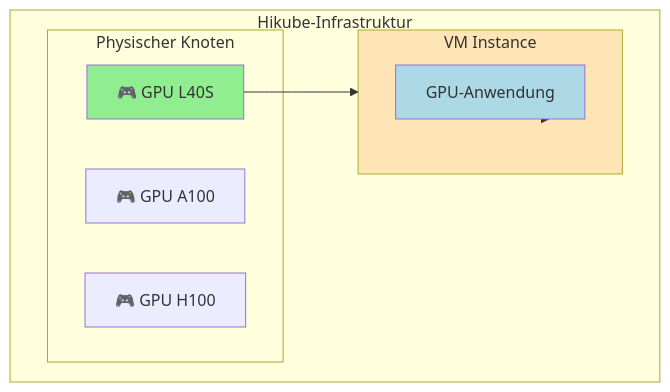
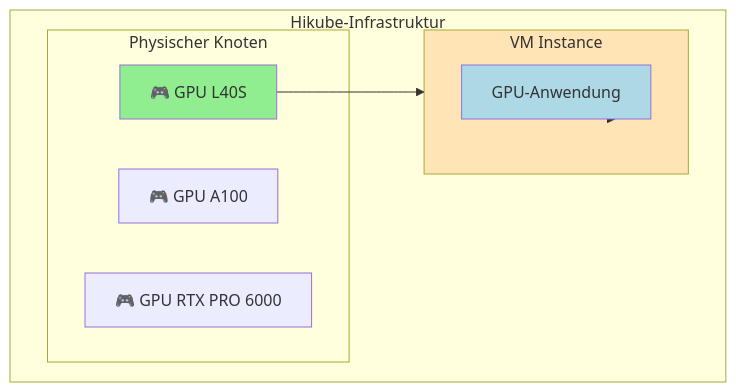
One commit to HidoraSwiss/hikube-public-doc changed the first of 2 diagrams in i18n/de/docusaurus-plugin-content-docs/current/services/gpu/overview.md. Above: the diagram before and after it, drawn with Mermaid. The commit also changed other lines of this file and 20 other files, not shown here.

````diff
--- a/i18n/de/docusaurus-plugin-content-docs/current/services/gpu/overview.md
+++ b/i18n/de/docusaurus-plugin-content-docs/current/services/gpu/overview.md
@@ -69,21 +71,21 @@
 ```mermaid
 flowchart TD
     subgraph HIKUBE["Hikube-Infrastruktur"]
         subgraph NODE["Physischer Knoten"]
             GPU1["🎮 GPU L40S"]
             GPU2["🎮 GPU A100"]
-            GPU3["🎮 GPU H100"]
+            GPU3["🎮 GPU RTX PRO 6000"]
         end
-
+        
         subgraph VM1["VM Instance"]
             APP1["GPU-Anwendung"]
         end
     end
-
+    
     GPU1 --> VM1
     VM1 --> APP1
-
+    
     style GPU1 fill:#90EE90
     style VM1 fill:#FFE4B5
     style APP1 fill:#ADD8E6
 ```
````
